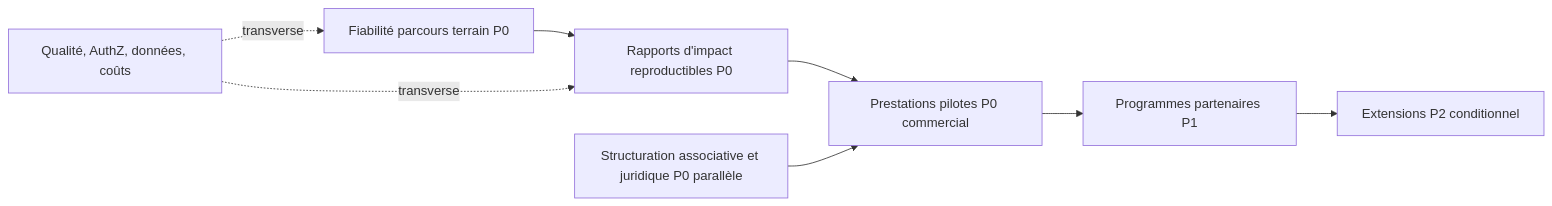
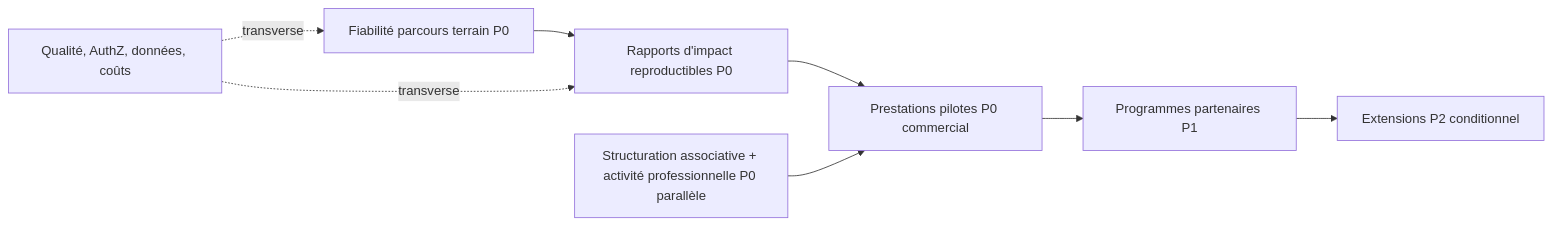
The diagram in documentation/product/roadmap-priorisee.md (maxd4/CleanmyMap), drawn with Mermaid before and after one commit. The commit also changed other lines of this file and 3 other files, not shown here.

````diff
--- a/documentation/product/roadmap-priorisee.md
+++ b/documentation/product/roadmap-priorisee.md
@@ -11,10 +11,10 @@
 ```mermaid
 flowchart LR
   A[Fiabilité parcours terrain P0] --> B[Rapports d'impact reproductibles P0]
   B --> C[Prestations pilotes P0 commercial]
-  S[Structuration associative et juridique P0 parallèle] --> C
+  S[Structuration associative + activité professionnelle P0 parallèle] --> C
   C --> D[Programmes partenaires P1]
   D --> E[Extensions P2 conditionnel]
   Q[Qualité, AuthZ, données, coûts] -. transverse .-> A
   Q -. transverse .-> B
 ```
````
